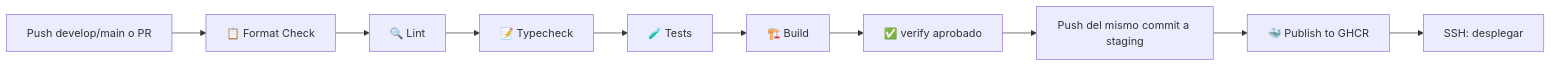
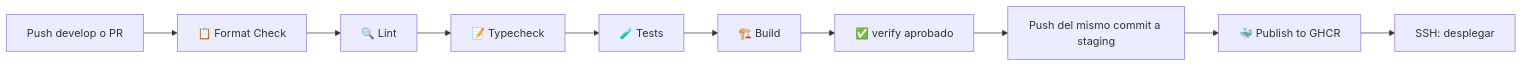
One commit to TypeItOrg/bemol-ui changed the diagram in docs/infrastructure/CI.md. Above: the diagram before and after it, drawn with Mermaid. The commit also changed other lines of this file and 2 other files, not shown here.

Commit message:
ci: skip CI on main, production reuses the staging-validated commit

````diff
--- a/docs/infrastructure/CI.md
+++ b/docs/infrastructure/CI.md
@@ -7,12 +7,12 @@
 ```mermaid
 graph LR
-    A[Push develop/main o PR] --> B[📋 Format Check]
+    A[Push develop o PR] --> B[📋 Format Check]
     B --> C[🔍 Lint]
     C --> D[📝 Typecheck]
     D --> E[🧪 Tests]
     E --> F[🏗️ Build]
     F --> G[✅ verify aprobado]
     G --> H[Push del mismo commit a staging]
     H --> I[🐳 Publish to GHCR]
     I --> J[SSH: desplegar]
 ```
````
